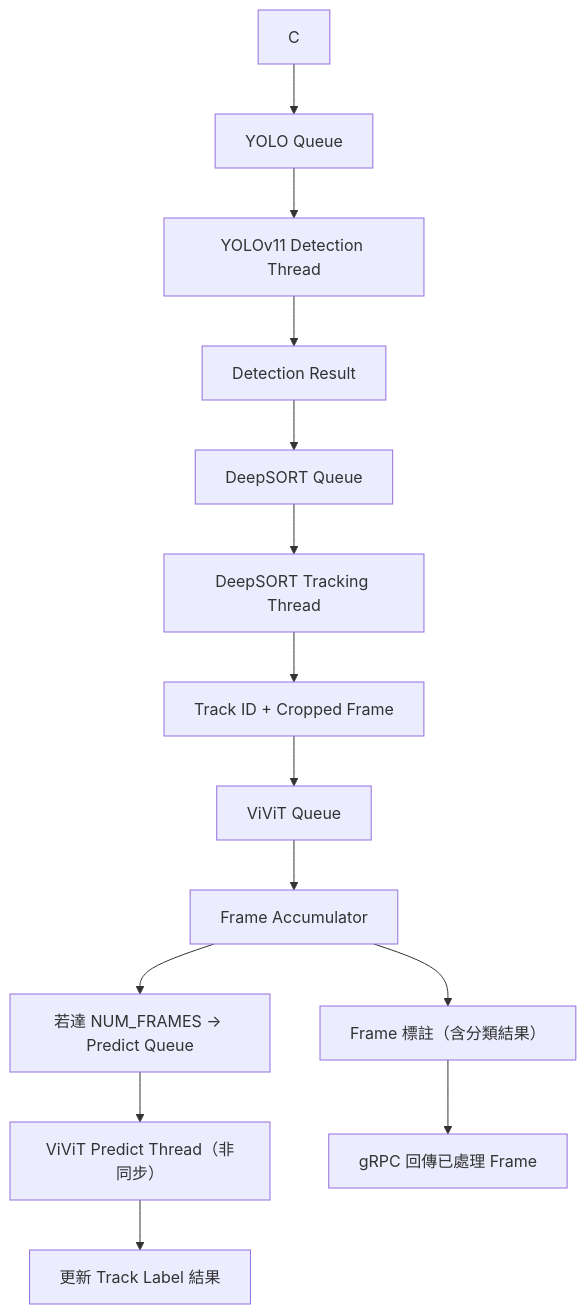
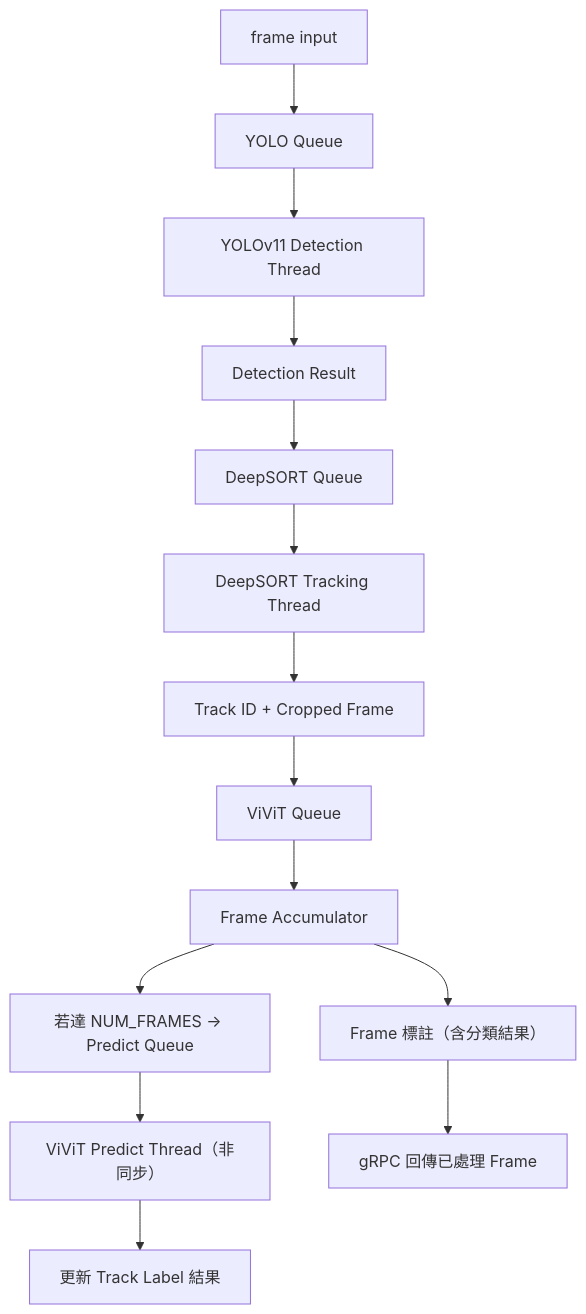
Before and after one commit to yaya0719/Cat-State-Detection: the diagram in README.md, drawn with Mermaid.

````diff
--- a/README.md
+++ b/README.md
@@ -45,23 +45,23 @@
 ```mermaid
 flowchart TD
 
-    C --> D[YOLO Queue]
+    C[frame input] --> D[YOLO Queue]
     D --> D1[YOLOv11 Detection Thread]
     D1 --> E[Detection Result]
 
     E --> F[DeepSORT Queue]
     F --> F1[DeepSORT Tracking Thread]
     F1 --> G[Track ID + Cropped Frame]
 
     G --> H[ViViT Queue]
     H --> H1[Frame Accumulator]
     H1 --> I[若達 NUM_FRAMES → Predict Queue]
     I --> J[ViViT Predict Thread（非同步）]
     J --> K[更新 Track Label 結果]
 
     H1 --> L[Frame 標註（含分類結果）]
     L --> M[gRPC 回傳已處理 Frame]
 
 
 
 ```
````
